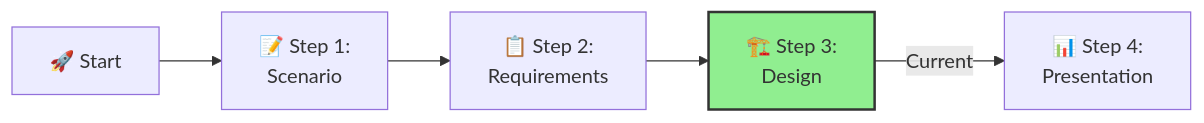
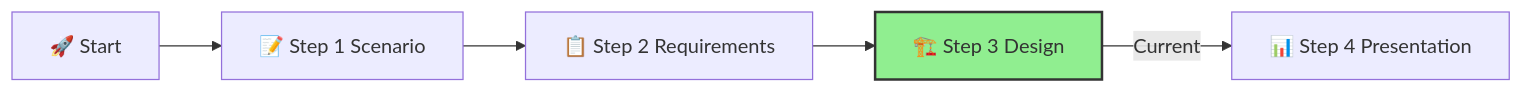
The diagram in docs/03-aihub/ifs-aihub-step3-design.md (briandenicola/xlr8-e2eaisolutions), drawn with Mermaid before and after one commit. The commit also changed other lines of this file and 17 other files, not shown here.

````diff
--- a/docs/03-aihub/ifs-aihub-step3-design.md
+++ b/docs/03-aihub/ifs-aihub-step3-design.md
@@ -22,8 +26,8 @@
 ```mermaid
 flowchart LR
-    A[🚀 Start] --> B[📝 Step 1:\nScenario]
-    B --> C[📋 Step 2:\nRequirements]
-    C --> D[🏗️ Step 3:\nDesign]
-    D -->|Current| E[📊 Step 4:\nPresentation]
+    A[🚀 Start] --> B[📝 Step 1 Scenario]
+    B --> C[📋 Step 2 Requirements]
+    C --> D[🏗️ Step 3 Design]
+    D -->|Current| E[📊 Step 4 Presentation]
     style D fill:#90EE90,stroke:#333,stroke-width:2px
 ```
````
